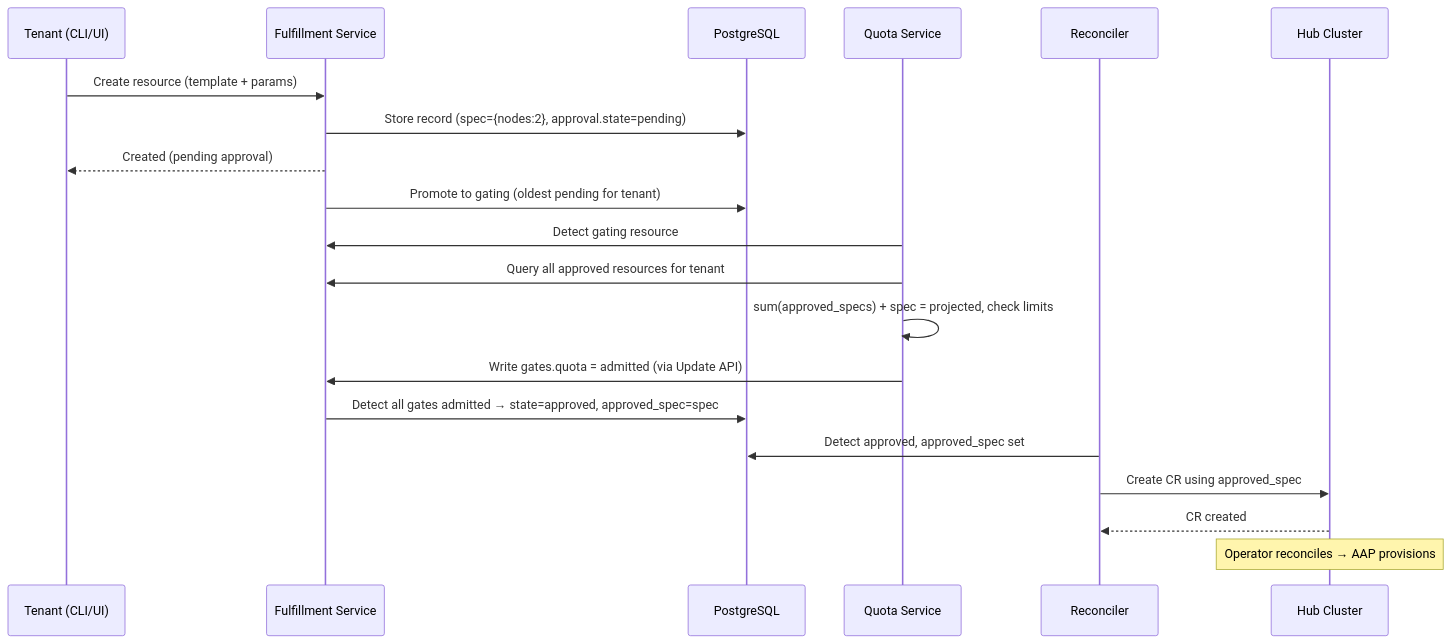
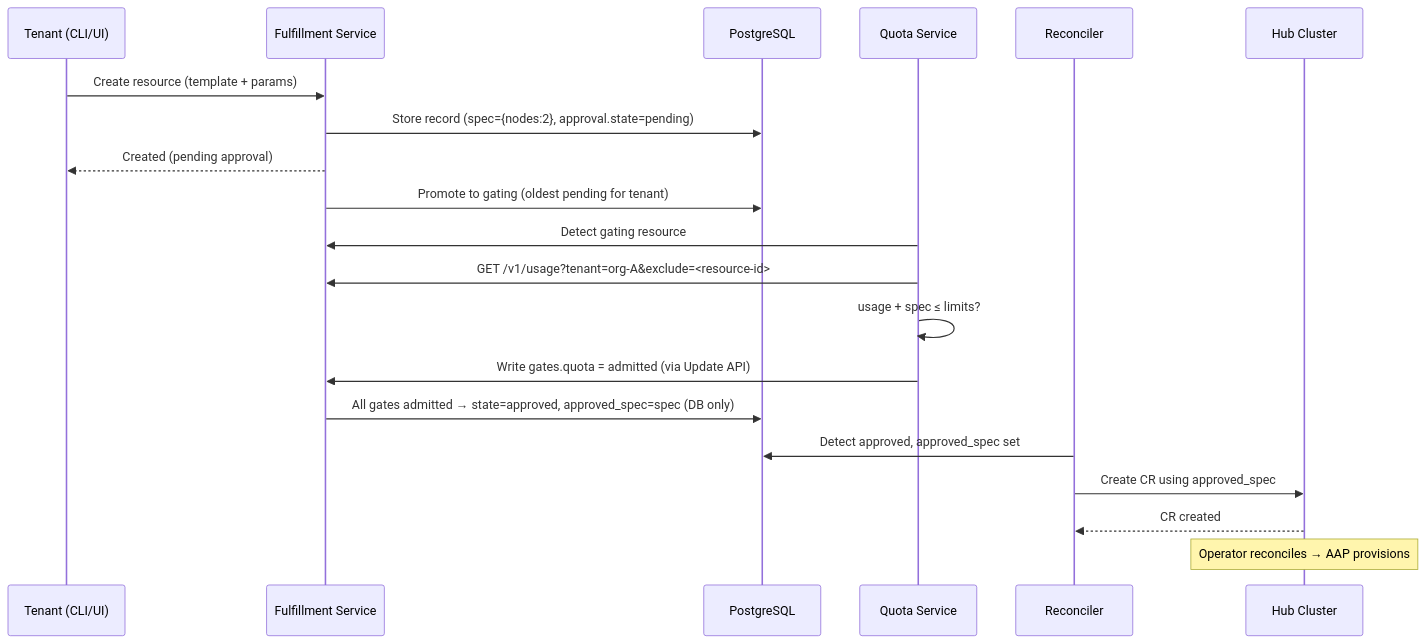
One commit to osac-project/enhancement-proposals changed the diagram in enhancements/quota-management/README.md. Above: the diagram before and after it, drawn with Mermaid. The commit also changed other lines of this file, not shown here.

First line of the commit message:
Address metering feedback, remove approved_spec from API, refactor structure

````diff
--- a/enhancements/quota-management/README.md
+++ b/enhancements/quota-management/README.md
@@ -76,27 +80,27 @@
 ```mermaid
 sequenceDiagram
     participant T as Tenant (CLI/UI)
     participant FS as Fulfillment Service
     participant DB as PostgreSQL
     participant QS as Quota Service
     participant R as Reconciler
     participant Hub as Hub Cluster
 
     T->>FS: Create resource (template + params)
     FS->>DB: Store record (spec={nodes:2}, approval.state=pending)
     FS-->>T: Created (pending approval)
 
     FS->>DB: Promote to gating (oldest pending for tenant)
 
     QS->>FS: Detect gating resource
-    QS->>FS: Query all approved resources for tenant
-    QS->>QS: sum(approved_specs) + spec = projected, check limits
+    QS->>FS: GET /v1/usage?tenant=org-A&exclude=<resource-id>
+    QS->>QS: usage + spec ≤ limits?
     QS->>FS: Write gates.quota = admitted (via Update API)
 
-    FS->>DB: Detect all gates admitted → state=approved, approved_spec=spec
+    FS->>DB: All gates admitted → state=approved, approved_spec=spec (DB only)
 
     R->>DB: Detect approved, approved_spec set
     R->>Hub: Create CR using approved_spec
     Hub-->>R: CR created
     Note over Hub: Operator reconciles → AAP provisions
 ```
````
